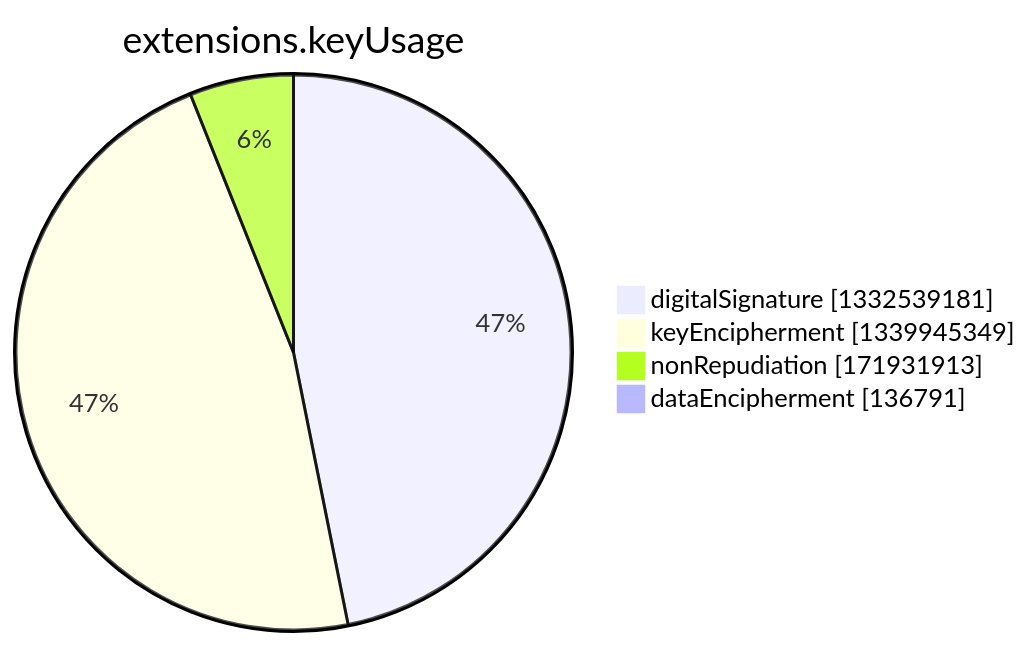
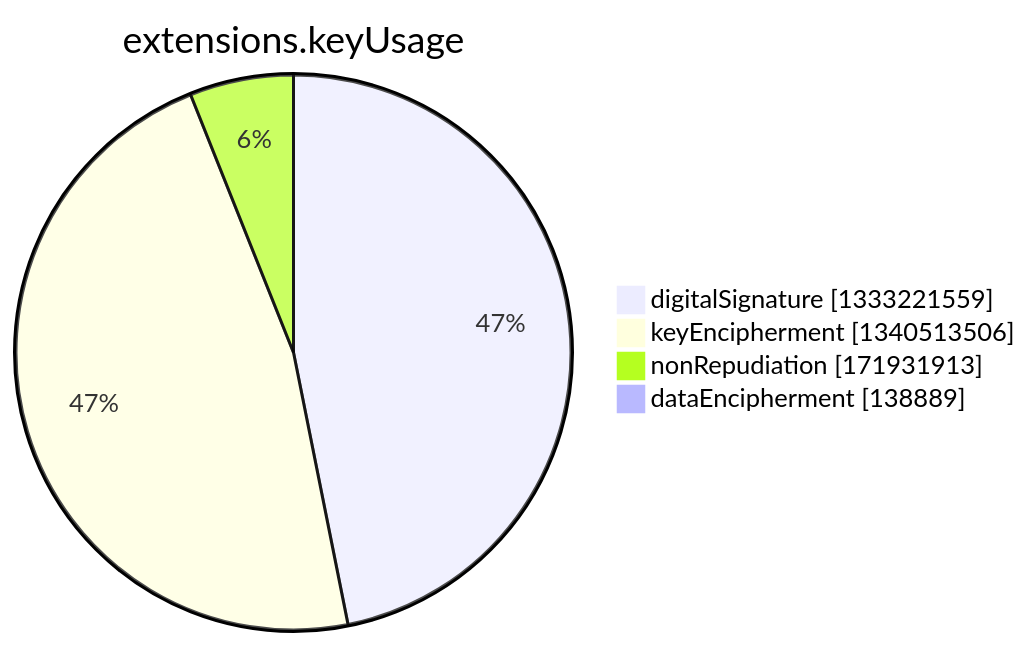
Before and after one commit to christiankrug/ctmonitor_visualization: the seventh of 15 diagrams in argon2022/README.md, drawn with Mermaid. The commit also changed other lines of this file, not shown here.

````diff
--- a/argon2022/README.md
+++ b/argon2022/README.md
@@ -2750,8 +2750,8 @@
 ```mermaid
 pie showData
 title extensions.keyUsage
-"digitalSignature" :1332539181
-"keyEncipherment" :1339945349
+"digitalSignature" :1333221559
+"keyEncipherment" :1340513506
 "nonRepudiation" :171931913
-"dataEncipherment" :136791
+"dataEncipherment" :138889
 ```
````
